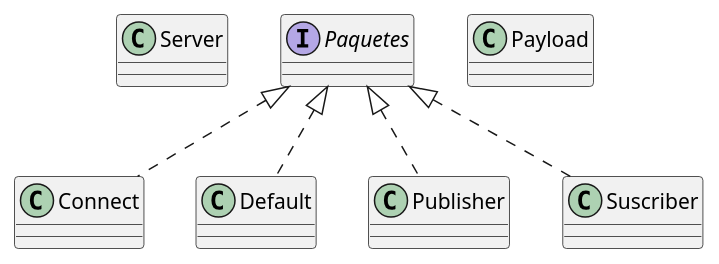
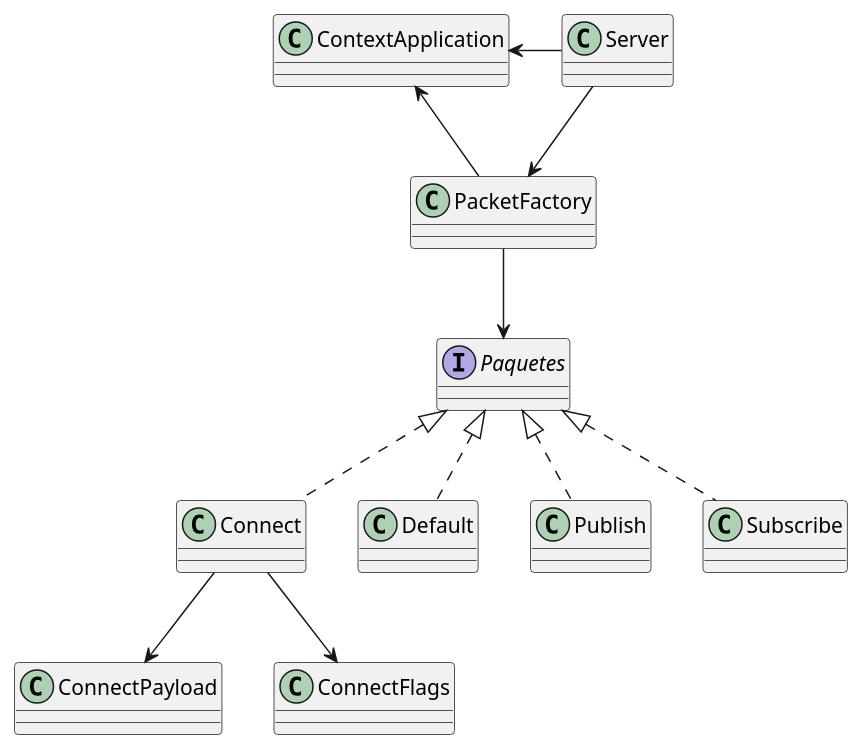
One commit to facundoluzzi/protocolo-mqtt changed the diagram in diagramas/clases/diagrama_general.puml. Above: the diagram before and after it, drawn with PlantUML.

Commit message:
agregamos diagrama de clases

```diff
--- a/diagramas/clases/diagrama_general.puml
+++ b/diagramas/clases/diagrama_general.puml
@@ -1,14 +1,24 @@
 @startuml
 
 class Server {}
+class PacketFactory {}
+
+class ContextApplication {}
 
 interface Paquetes {}
-
 class Connect implements Paquetes {}
 class Default implements Paquetes {}
-class Publisher implements Paquetes {}
-class Suscriber implements Paquetes {}
+class Publish implements Paquetes {}
+class Subscribe implements Paquetes {}
 
-class Payload
+class ConnectPayload {}
+class ConnectFlags {}
+
+Server --> PacketFactory
+PacketFactory --> Paquetes
+Connect --> ConnectPayload
+Connect --> ConnectFlags
+Server -left-> ContextApplication
+PacketFactory --> ContextApplication
 
 @enduml
```
